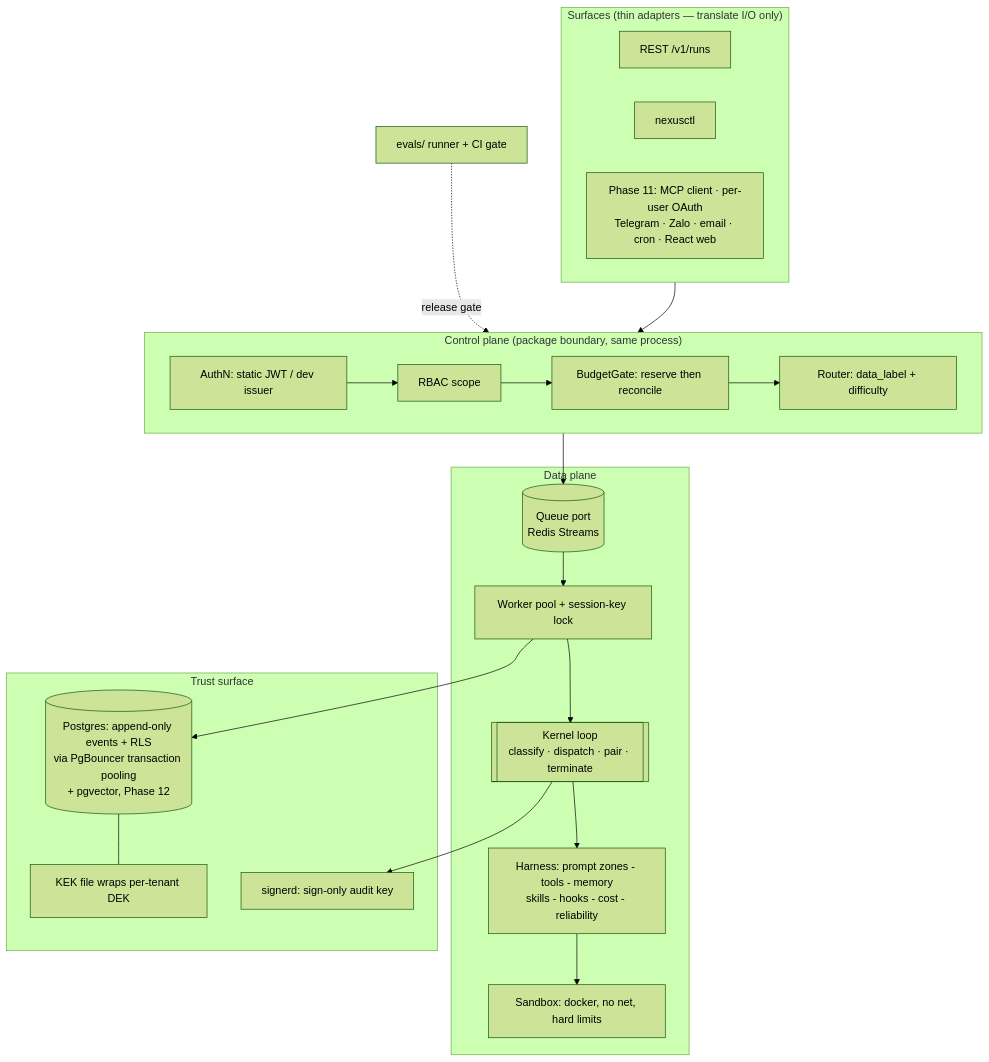
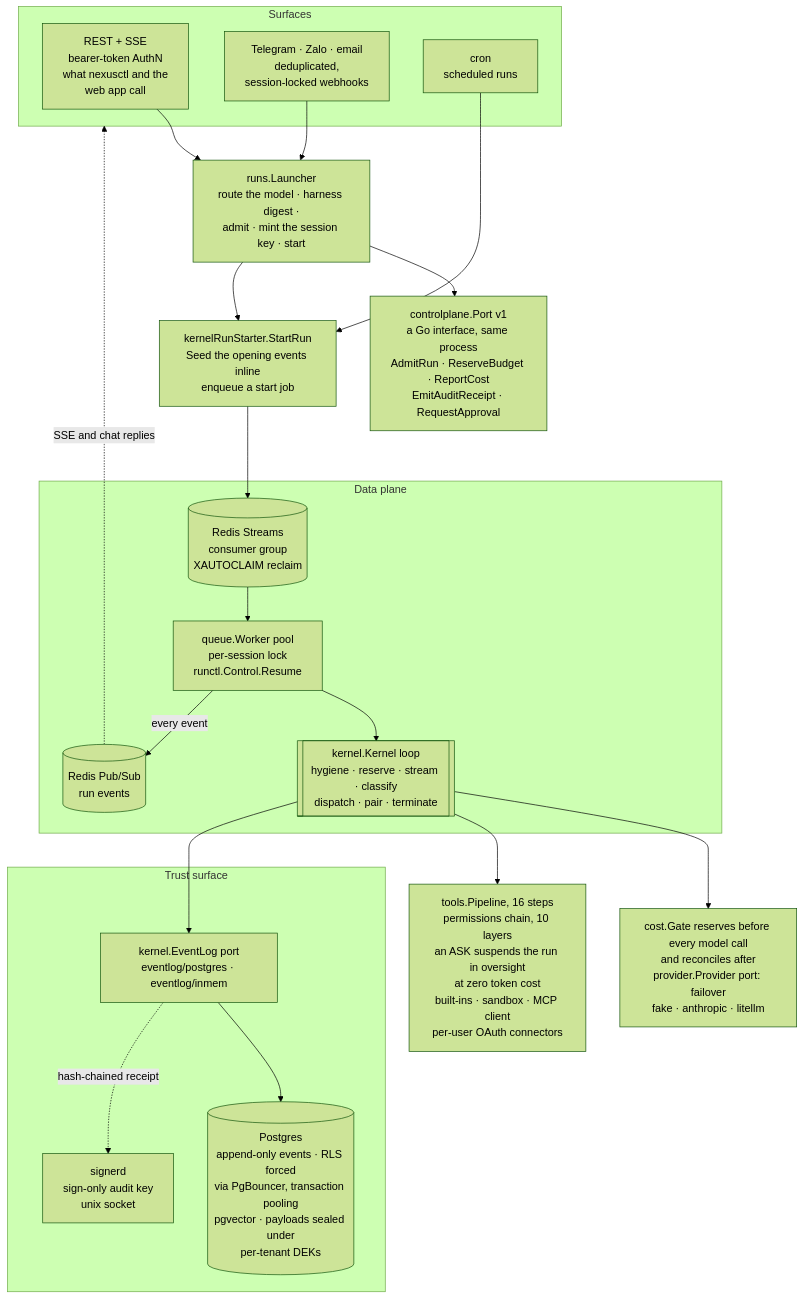
Before and after one commit to truongpx396/nexus-agent-demo: the diagram in README.md, drawn with Mermaid (forest theme). The commit also changed other lines of this file and 5 other files, not shown here.

First line of the commit message:
docs: rewrite the README for a reader arriving cold (and fix the run-start hang its quickstart exposed) (#107)

````diff
--- a/README.md
+++ b/README.md
@@ -78,35 +83,41 @@
 ```mermaid
 flowchart TB
-    subgraph Surfaces["Surfaces (thin adapters — translate I/O only)"]
-        REST[REST /v1/runs]
-        CLI[nexusctl]
-        EXT["Phase 11: MCP client · per-user OAuth<br/>Telegram · Zalo · email · cron · React web"]
+    subgraph surfaces_sg["Surfaces"]
+        REST["REST + SSE<br/>bearer-token AuthN<br/>what nexusctl and the<br/>web app call"]
+        Chat["Telegram · Zalo · email<br/>deduplicated,<br/>session-locked webhooks"]
+        Cron["cron<br/>scheduled runs"]
     end
 
-    subgraph CP["Control plane (package boundary, same process)"]
-        Auth[AuthN: static JWT / dev issuer] --> RBAC[RBAC scope]
-        RBAC --> Budget[BudgetGate: reserve then reconcile]
-        Budget --> Route[Router: data_label + difficulty]
+    Launcher["runs.Launcher<br/>route the model · harness digest ·<br/>admit · mint the session key · start"]
+    CP["controlplane.Port v1<br/>a Go interface, same process<br/>AdmitRun · ReserveBudget · ReportCost<br/>EmitAuditReceipt · RequestApproval"]
+    Starter["kernelRunStarter.StartRun<br/>Seed the opening events inline<br/>enqueue a start job"]
+
+    REST --> Launcher
+    Chat --> Launcher
+    Launcher --> CP
+    Launcher --> Starter
+    Cron --> Starter
+
+    subgraph dp_sg["Data plane"]
+        Queue[("Redis Streams<br/>consumer group<br/>XAUTOCLAIM reclaim")]
+        Worker["queue.Worker pool<br/>per-session lock<br/>runctl.Control.Resume"]
+        Kernel[["kernel.Kernel loop<br/>hygiene · reserve · stream · classify<br/>dispatch · pair · terminate"]]
+        Bus[("Redis Pub/Sub<br/>run events")]
     end
+    Starter --> Queue --> Worker --> Kernel
+    Worker -->|every event| Bus
+    Bus -.->|SSE and chat replies| surfaces_sg
 
-    subgraph DP["Data plane"]
-        Q[(Queue port<br/>Redis Streams)]
-        W[Worker pool + session-key lock]
-        K[[Kernel loop<br/>classify · dispatch · pair · terminate]]
-        H[Harness: prompt zones - tools - memory<br/>skills - hooks - cost - reliability]
-        SB[Sandbox: docker, no net, hard limits]
+    Model["cost.Gate reserves before every model call<br/>and reconciles after<br/>provider.Provider port: failover<br/>fake · anthropic · litellm"]
+    Tools["tools.Pipeline, 16 steps<br/>permissions chain, 10 layers<br/>an ASK suspends the run in oversight<br/>at zero token cost<br/>built-ins · sandbox · MCP client<br/>per-user OAuth connectors"]
+    Kernel --> Model
+    Kernel --> Tools
+
+    subgraph trust_sg["Trust surface"]
+        EL["kernel.EventLog port<br/>eventlog/postgres · eventlog/inmem"]
+        PG[("Postgres<br/>append-only events · RLS forced<br/>via PgBouncer, transaction pooling<br/>pgvector · payloads sealed under<br/>per-tenant DEKs")]
+        SD["signerd<br/>sign-only audit key<br/>unix socket"]
     end
-
-    subgraph Trust["Trust surface"]
-        PG[(Postgres: append-only events + RLS<br/>via PgBouncer transaction pooling<br/>+ pgvector, Phase 12)]
-        SD[signerd: sign-only audit key]
-        KEK[KEK file wraps per-tenant DEK]
-    end
-
-    Surfaces --> CP --> Q --> W --> K --> H
-    H --> SB
-    W --> PG
-    K --> SD
-    PG --- KEK
-    EV[evals/ runner + CI gate] -.release gate.-> CP
+    Kernel --> EL --> PG
+    EL -.->|hash-chained receipt| SD
 ```
````
